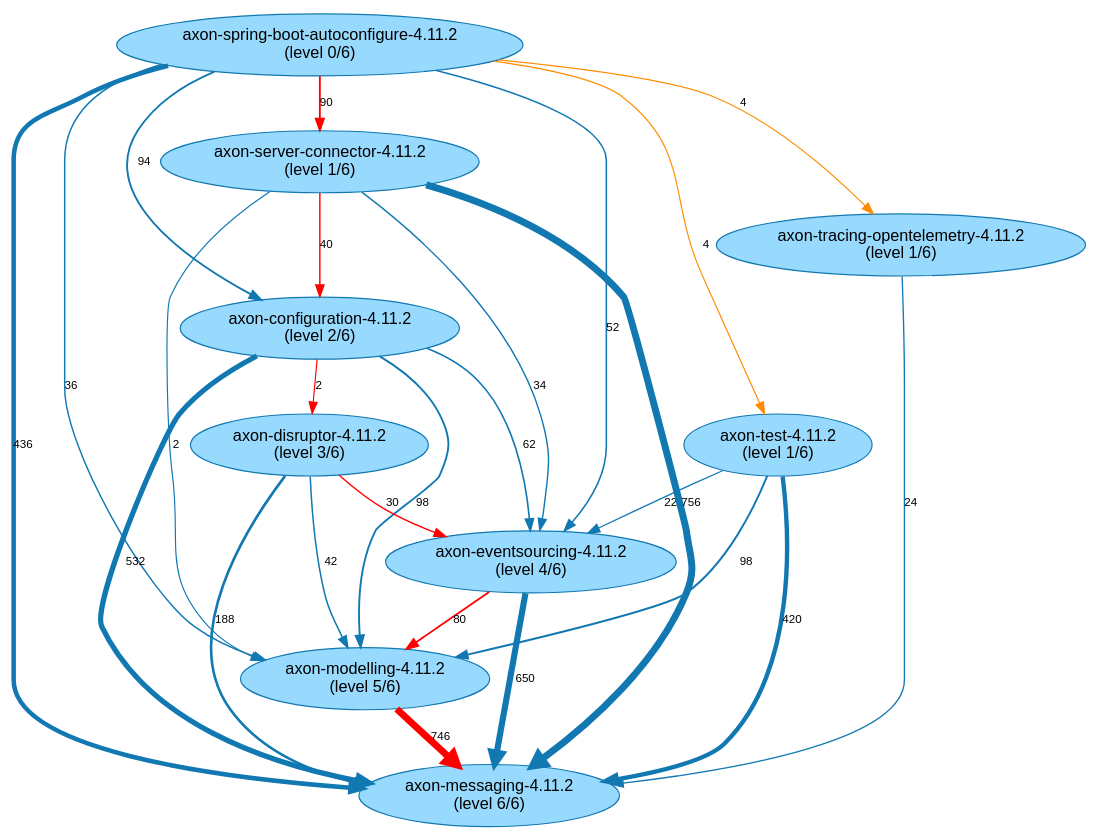
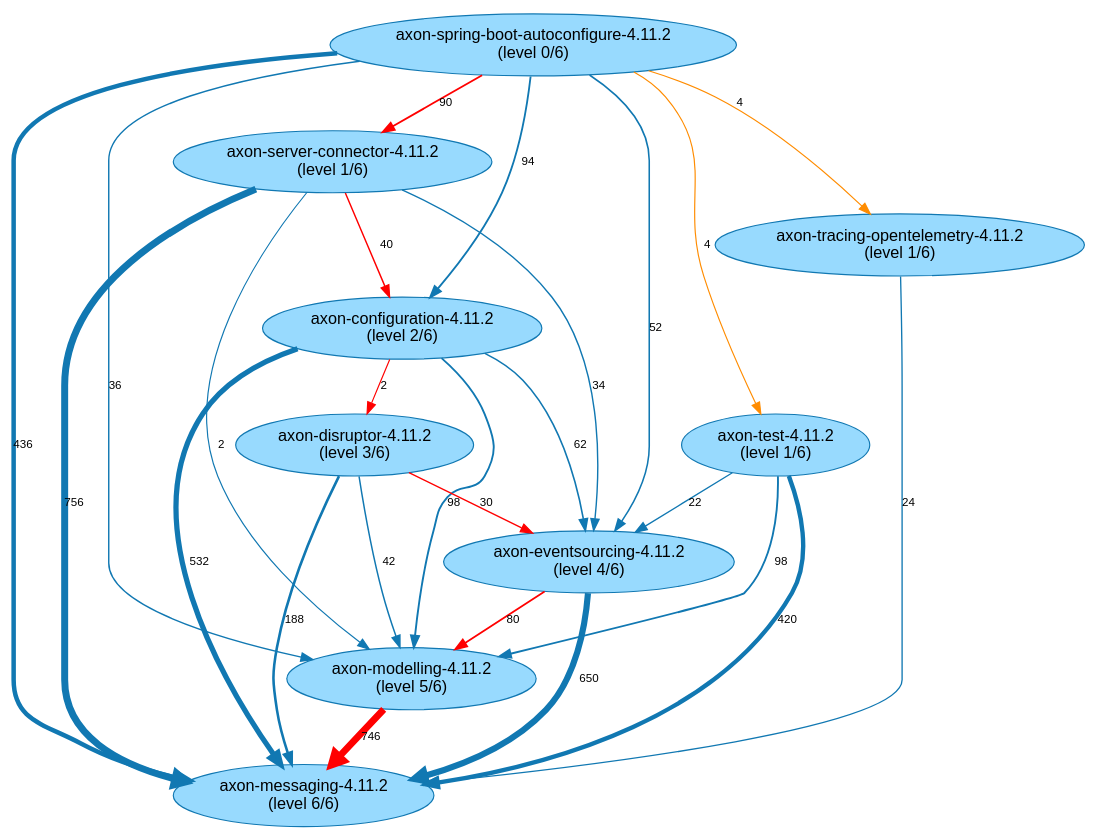
One commit to JohT/code-graph-analysis-examples changed the diagram in analysis-results/AxonFramework/latest/path-finding-visualization/JavaArtifactLongestPaths.gv. Above: the diagram before and after it, drawn with Graphviz. The commit also changed other lines of this file and 297 other files, not shown here.

```diff
--- a/analysis-results/AxonFramework/latest/path-finding-visualization/JavaArtifactLongestPaths.gv
+++ b/analysis-results/AxonFramework/latest/path-finding-visualization/JavaArtifactLongestPaths.gv
@@ -1,37 +1,37 @@
 // This GraphViz dot file was generated by the script convertQueryResultCsvToGraphVizDotFile.sh with default.template
 
 strict digraph JavaArtifactLongestPaths {
     fontname = "Helvetica,Arial,sans-serif";
     node [fontname = "Helvetica,Arial,sans-serif";];
     edge [fontname = "Helvetica,Arial,sans-serif"; fontsize = 10;];
     node [style = filled; fillcolor = "0.560 0.400 0.999";];
     node [color = "0.560 0.900 0.700";];
     edge [color = "0.560 0.900 0.700";];
+	"axon-spring-boot-autoconfigure-4.11.2\n(level 0/6)" -> "axon-server-connector-4.11.2\n(level 1/6)" [label=90; penwidth=1.58; color="red"; ];
+	"axon-spring-boot-autoconfigure-4.11.2\n(level 0/6)" -> "axon-messaging-4.11.2\n(level 6/6)" [label=436; penwidth=3.88; ];
 	"axon-spring-boot-autoconfigure-4.11.2\n(level 0/6)" -> "axon-configuration-4.11.2\n(level 2/6)" [label=94; penwidth=1.61; ];
-	"axon-spring-boot-autoconfigure-4.11.2\n(level 0/6)" -> "axon-messaging-4.11.2\n(level 6/6)" [label=436; penwidth=3.88; ];
-	"axon-spring-boot-autoconfigure-4.11.2\n(level 0/6)" -> "axon-test-4.11.2\n(level 1/6)" [label=4; penwidth=1.01; ];
-	"axon-spring-boot-autoconfigure-4.11.2\n(level 0/6)" -> "axon-server-connector-4.11.2\n(level 1/6)" [label=90; penwidth=1.58; color="red"; ];
 	"axon-spring-boot-autoconfigure-4.11.2\n(level 0/6)" -> "axon-eventsourcing-4.11.2\n(level 4/6)" [label=52; penwidth=1.33; ];
 	"axon-spring-boot-autoconfigure-4.11.2\n(level 0/6)" -> "axon-modelling-4.11.2\n(level 5/6)" [label=36; penwidth=1.23; ];
 	"axon-spring-boot-autoconfigure-4.11.2\n(level 0/6)" -> "axon-tracing-opentelemetry-4.11.2\n(level 1/6)" [label=4; penwidth=1.01; ];
+	"axon-spring-boot-autoconfigure-4.11.2\n(level 0/6)" -> "axon-test-4.11.2\n(level 1/6)" [label=4; penwidth=1.01; ];
+	"axon-test-4.11.2\n(level 1/6)" -> "axon-eventsourcing-4.11.2\n(level 4/6)" [label=22; penwidth=1.13; ];
 	"axon-test-4.11.2\n(level 1/6)" -> "axon-modelling-4.11.2\n(level 5/6)" [label=98; penwidth=1.64; ];
 	"axon-test-4.11.2\n(level 1/6)" -> "axon-messaging-4.11.2\n(level 6/6)" [label=420; penwidth=3.77; ];
-	"axon-test-4.11.2\n(level 1/6)" -> "axon-eventsourcing-4.11.2\n(level 4/6)" [label=22; penwidth=1.13; ];
 	"axon-configuration-4.11.2\n(level 2/6)" -> "axon-messaging-4.11.2\n(level 6/6)" [label=532; penwidth=4.51; ];
+	"axon-configuration-4.11.2\n(level 2/6)" -> "axon-modelling-4.11.2\n(level 5/6)" [label=98; penwidth=1.64; ];
 	"axon-configuration-4.11.2\n(level 2/6)" -> "axon-eventsourcing-4.11.2\n(level 4/6)" [label=62; penwidth=1.4; ];
-	"axon-configuration-4.11.2\n(level 2/6)" -> "axon-modelling-4.11.2\n(level 5/6)" [label=98; penwidth=1.64; ];
 	"axon-configuration-4.11.2\n(level 2/6)" -> "axon-disruptor-4.11.2\n(level 3/6)" [label=2; penwidth=1.0; color="red"; ];
 	"axon-eventsourcing-4.11.2\n(level 4/6)" -> "axon-messaging-4.11.2\n(level 6/6)" [label=650; penwidth=5.3; ];
 	"axon-eventsourcing-4.11.2\n(level 4/6)" -> "axon-modelling-4.11.2\n(level 5/6)" [label=80; penwidth=1.52; color="red"; ];
 	"axon-server-connector-4.11.2\n(level 1/6)" -> "axon-messaging-4.11.2\n(level 6/6)" [label=756; penwidth=6.0; ];
+	"axon-server-connector-4.11.2\n(level 1/6)" -> "axon-eventsourcing-4.11.2\n(level 4/6)" [label=34; penwidth=1.21; ];
 	"axon-server-connector-4.11.2\n(level 1/6)" -> "axon-configuration-4.11.2\n(level 2/6)" [label=40; penwidth=1.25; color="red"; ];
-	"axon-server-connector-4.11.2\n(level 1/6)" -> "axon-eventsourcing-4.11.2\n(level 4/6)" [label=34; penwidth=1.21; ];
 	"axon-server-connector-4.11.2\n(level 1/6)" -> "axon-modelling-4.11.2\n(level 5/6)" [label=2; penwidth=1.0; ];
 	"axon-disruptor-4.11.2\n(level 3/6)" -> "axon-messaging-4.11.2\n(level 6/6)" [label=188; penwidth=2.23; ];
 	"axon-disruptor-4.11.2\n(level 3/6)" -> "axon-modelling-4.11.2\n(level 5/6)" [label=42; penwidth=1.27; ];
 	"axon-disruptor-4.11.2\n(level 3/6)" -> "axon-eventsourcing-4.11.2\n(level 4/6)" [label=30; penwidth=1.19; color="red"; ];
 	"axon-tracing-opentelemetry-4.11.2\n(level 1/6)" -> "axon-messaging-4.11.2\n(level 6/6)" [label=24; penwidth=1.15; ];
 	"axon-modelling-4.11.2\n(level 5/6)" -> "axon-messaging-4.11.2\n(level 6/6)" [label=746; penwidth=5.93; color="red"; ];
 	"axon-spring-boot-autoconfigure-4.11.2\n(level 0/6)" -> "axon-test-4.11.2\n(level 1/6)" [label=4; penwidth=1.01; color="darkorange"; ];
 	"axon-spring-boot-autoconfigure-4.11.2\n(level 0/6)" -> "axon-tracing-opentelemetry-4.11.2\n(level 1/6)" [label=4; penwidth=1.01; color="darkorange"; ];
 }
```
